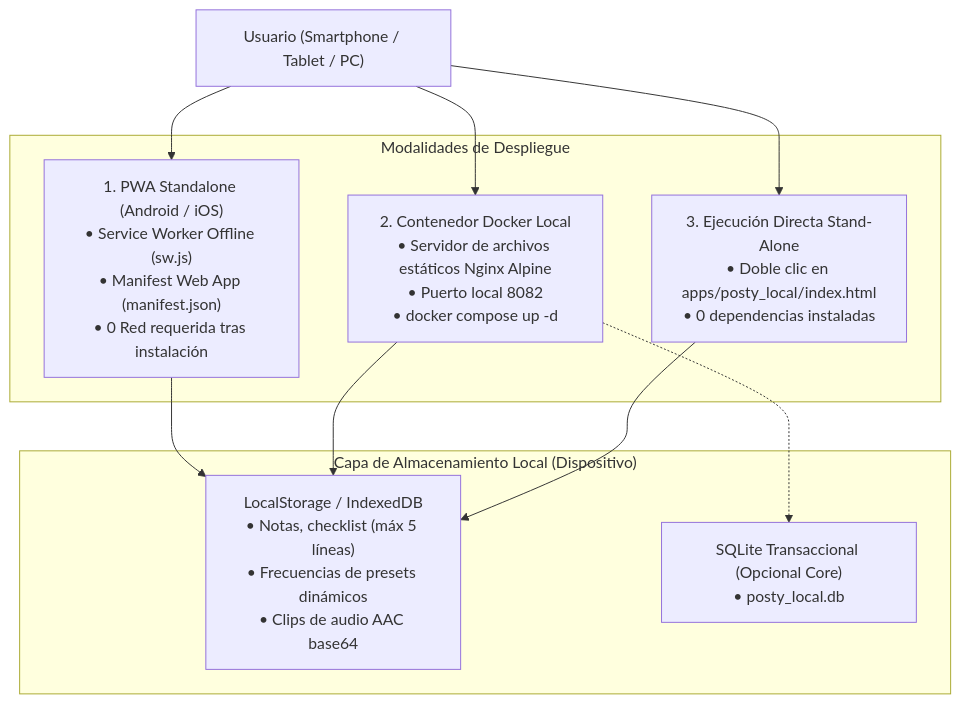
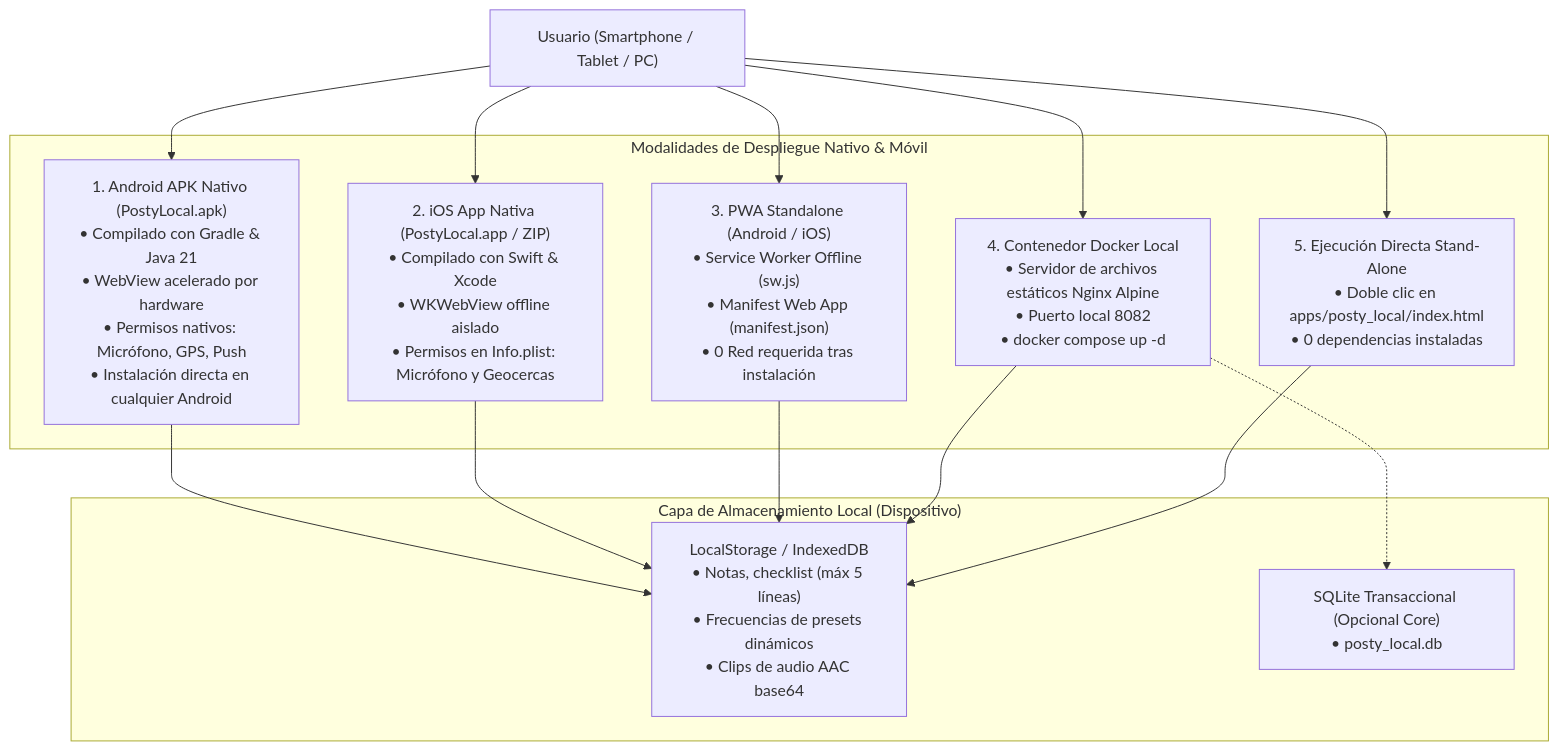
Before and after one commit to pcloayza3/plataforma01: the diagram in docs/microapps/microapp2/06_deployment_and_maintenance.md, drawn with Mermaid. The commit also changed other lines of this file and 29 other files, not shown here.

Commit message:
feat(microapp2): compilar binario nativo Android APK (PostyLocal.apk), bundle iOS Swift (PostyLocal-iOS.zip) y scripts de build

````diff
--- a/docs/microapps/microapp2/06_deployment_and_maintenance.md
+++ b/docs/microapps/microapp2/06_deployment_and_maintenance.md
@@ -15,24 +15,30 @@
 ```mermaid
 graph TD
     User["Usuario (Smartphone / Tablet / PC)"]
     
-    subgraph "Modalidades de Despliegue"
-        PWA["1. PWA Standalone (Android / iOS)<br/>• Service Worker Offline (sw.js)<br/>• Manifest Web App (manifest.json)<br/>• 0 Red requerida tras instalación"]
-        Docker["2. Contenedor Docker Local<br/>• Servidor de archivos estáticos Nginx Alpine<br/>• Puerto local 8082<br/>• docker compose up -d"]
-        Direct["3. Ejecución Directa Stand-Alone<br/>• Doble clic en apps/posty_local/index.html<br/>• 0 dependencias instaladas"]
+    subgraph "Modalidades de Despliegue Nativo & Móvil"
+        APK["1. Android APK Nativo (PostyLocal.apk)<br/>• Compilado con Gradle & Java 21<br/>• WebView acelerado por hardware<br/>• Permisos nativos: Micrófono, GPS, Push<br/>• Instalación directa en cualquier Android"]
+        IOSApp["2. iOS App Nativa (PostyLocal.app / ZIP)<br/>• Compilado con Swift & Xcode<br/>• WKWebView offline aislado<br/>• Permisos en Info.plist: Micrófono y Geocercas"]
+        PWA["3. PWA Standalone (Android / iOS)<br/>• Service Worker Offline (sw.js)<br/>• Manifest Web App (manifest.json)<br/>• 0 Red requerida tras instalación"]
+        Docker["4. Contenedor Docker Local<br/>• Servidor de archivos estáticos Nginx Alpine<br/>• Puerto local 8082<br/>• docker compose up -d"]
+        Direct["5. Ejecución Directa Stand-Alone<br/>• Doble clic en apps/posty_local/index.html<br/>• 0 dependencias instaladas"]
     end
     
     subgraph "Capa de Almacenamiento Local (Dispositivo)"
         LocalStorage["LocalStorage / IndexedDB<br/>• Notas, checklist (máx 5 líneas)<br/>• Frecuencias de presets dinámicos<br/>• Clips de audio AAC base64"]
         SQLiteLocal["SQLite Transaccional (Opcional Core)<br/>• posty_local.db"]
     end
     
+    User --> APK
+    User --> IOSApp
     User --> PWA
     User --> Docker
     User --> Direct
     
+    APK --> LocalStorage
+    IOSApp --> LocalStorage
     PWA --> LocalStorage
     Docker --> LocalStorage
     Direct --> LocalStorage
     Docker -.-> SQLiteLocal
 ```
````
